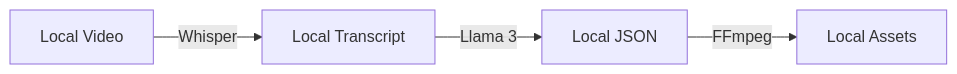
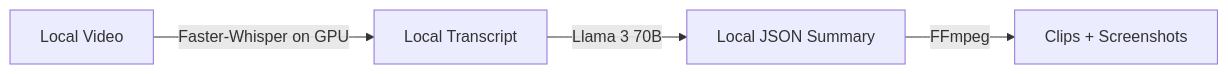
One commit to 0xnithin1/internship-program-jan-26-assignment changed the fourth of 4 diagrams in Solution_1_Video_Notes.md. Above: the diagram before and after it, drawn with Mermaid. The commit also changed other lines of this file and 1 other file, not shown here.

````diff
--- a/Solution_1_Video_Notes.md
+++ b/Solution_1_Video_Notes.md
@@ -54,6 +106,6 @@
 ```mermaid
 graph LR
-    A[Local Video] -->|Whisper| B[Local Transcript]
-    B -->|Llama 3| C[Local JSON]
-    C -->|FFmpeg| D[Local Assets]
+    A[Local Video] -->|Faster-Whisper on GPU| B[Local Transcript]
+    B -->|Llama 3 70B| C[Local JSON Summary]
+    C -->|FFmpeg| D[Clips + Screenshots]
 ```
````
